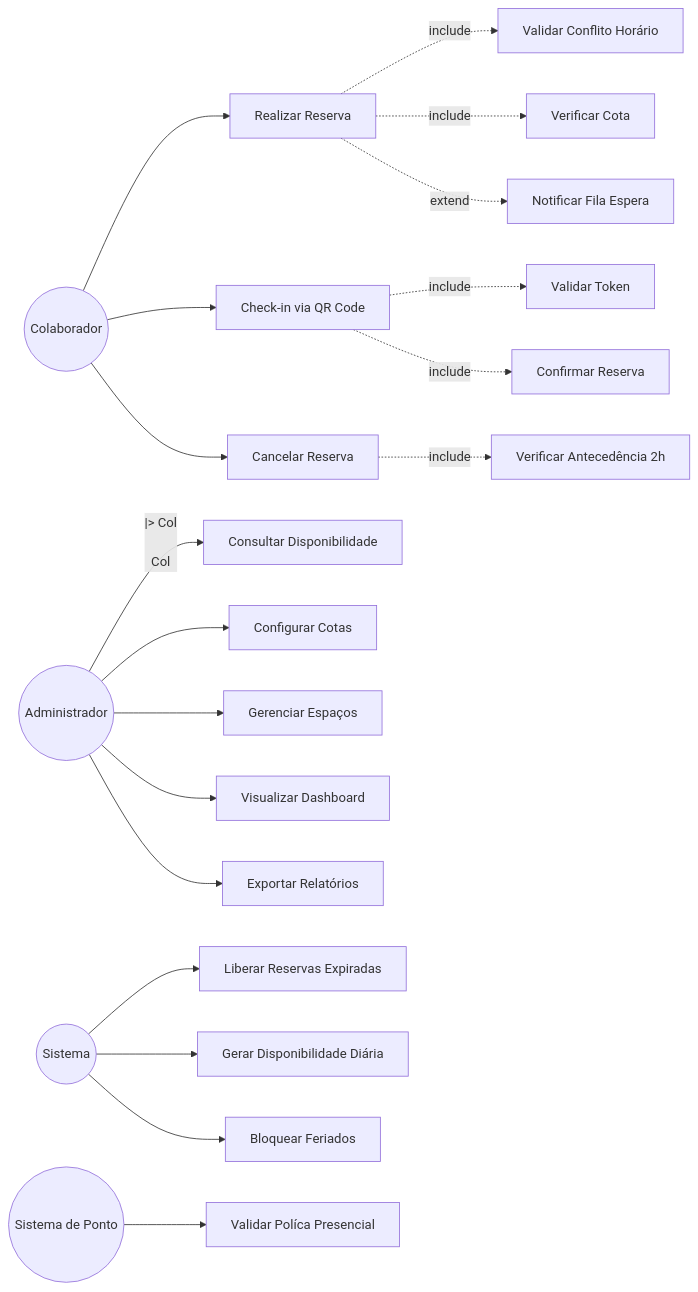
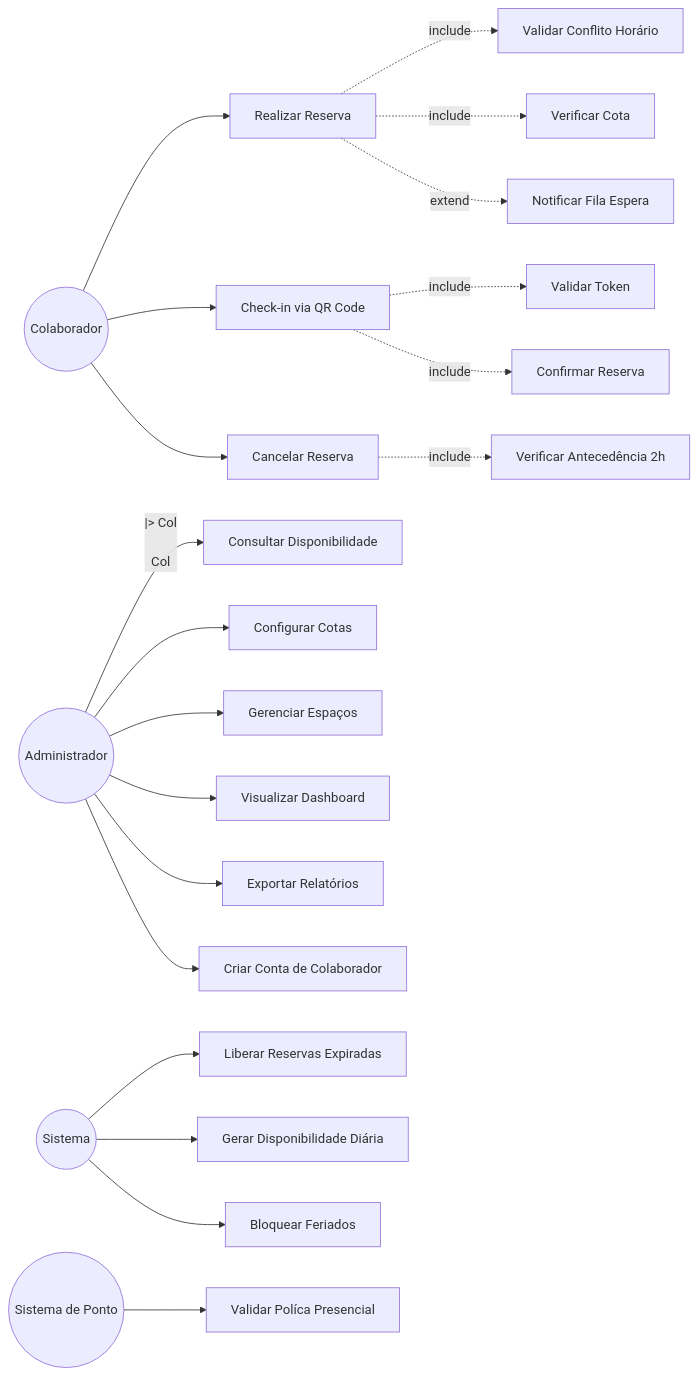
One commit to gabriel-souzza/deskflow changed the first of 16 diagrams in docs/documento-software.md. Above: the diagram before and after it, drawn with Mermaid. The commit also changed other lines of this file and 10 other files, not shown here.

````diff
--- a/docs/documento-software.md
+++ b/docs/documento-software.md
@@ -33,28 +34,29 @@
 ```mermaid
 flowchart LR
     Col((Colaborador))
     Admin((Administrador))
     Sys((Sistema))
     Ext((Sistema de Ponto))
 
     Admin --|> Col
 
     Col --> UC01[Consultar Disponibilidade]
     Col --> UC02[Realizar Reserva]
     UC02 -.include.-> UC03[Validar Conflito Horário]
     UC02 -.include.-> UC04[Verificar Cota]
     UC02 -.extend.-> UC05[Notificar Fila Espera]
     Col --> UC06[Check-in via QR Code]
     UC06 -.include.-> UC07[Validar Token]
     UC06 -.include.-> UC08[Confirmar Reserva]
     Col --> UC09[Cancelar Reserva]
     UC09 -.include.-> UC10[Verificar Antecedência 2h]
     Admin --> UC11[Configurar Cotas]
     Admin --> UC12[Gerenciar Espaços]
     Admin --> UC13[Visualizar Dashboard]
     Admin --> UC14[Exportar Relatórios]
+    Admin --> UC19[Criar Conta de Colaborador]
     Sys --> UC15[Liberar Reservas Expiradas]
     Sys --> UC16[Gerar Disponibilidade Diária]
     Sys --> UC17[Bloquear Feriados]
     Ext --> UC18[Validar Políca Presencial]
 ```
````
